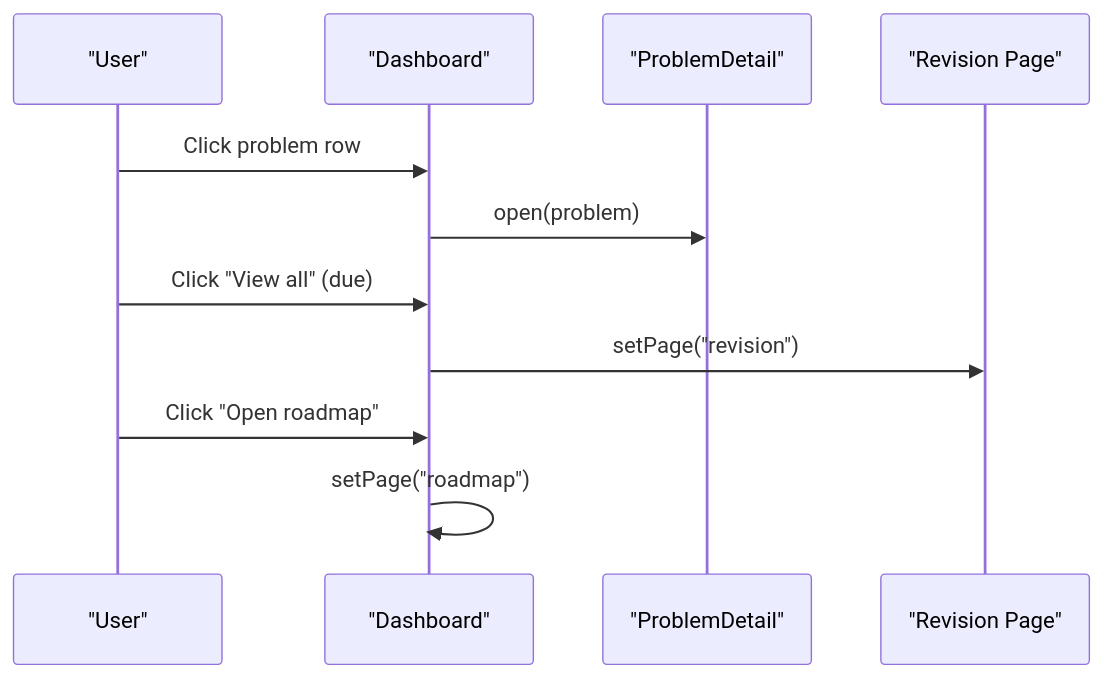
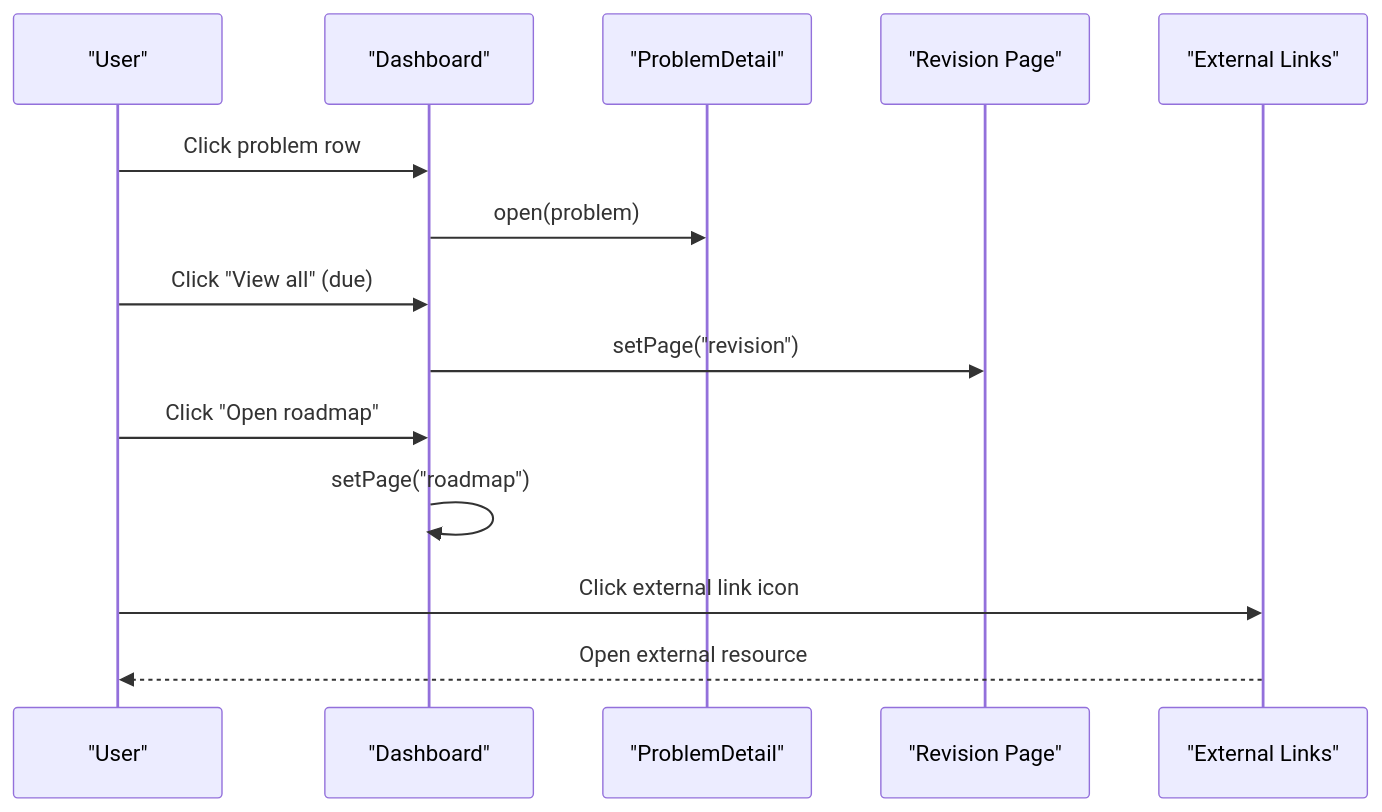
Before and after one commit to iamrituraj/DSA-Tracker: the tenth of 12 diagrams in .qoder/repowiki/en/content/Frontend Application/Dashboard Component.md, drawn with Mermaid. The commit also changed other lines of this file and 21 other files, not shown here.

````diff
--- a/.qoder/repowiki/en/content/Frontend Application/Dashboard Component.md
+++ b/.qoder/repowiki/en/content/Frontend Application/Dashboard Component.md
@@ -277,13 +295,16 @@
 ```mermaid
 sequenceDiagram
 participant U as "User"
 participant D as "Dashboard"
 participant P as "ProblemDetail"
 participant R as "Revision Page"
+participant E as "External Links"
 U->>D : Click problem row
 D->>P : open(problem)
 U->>D : Click "View all" (due)
 D->>R : setPage("revision")
 U->>D : Click "Open roadmap"
 D->>D : setPage("roadmap")
+U->>E : Click external link icon
+E-->>U : Open external resource
 ```
````
